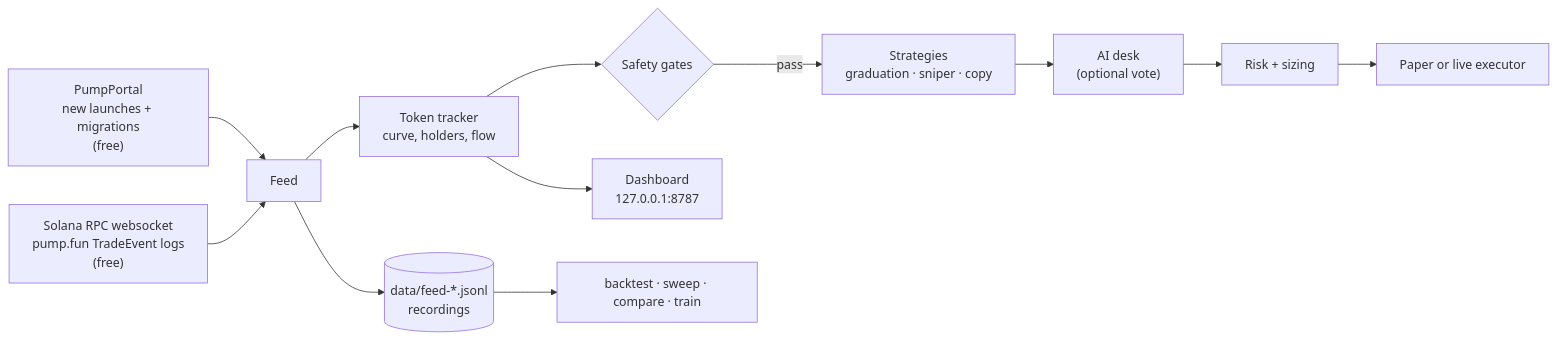
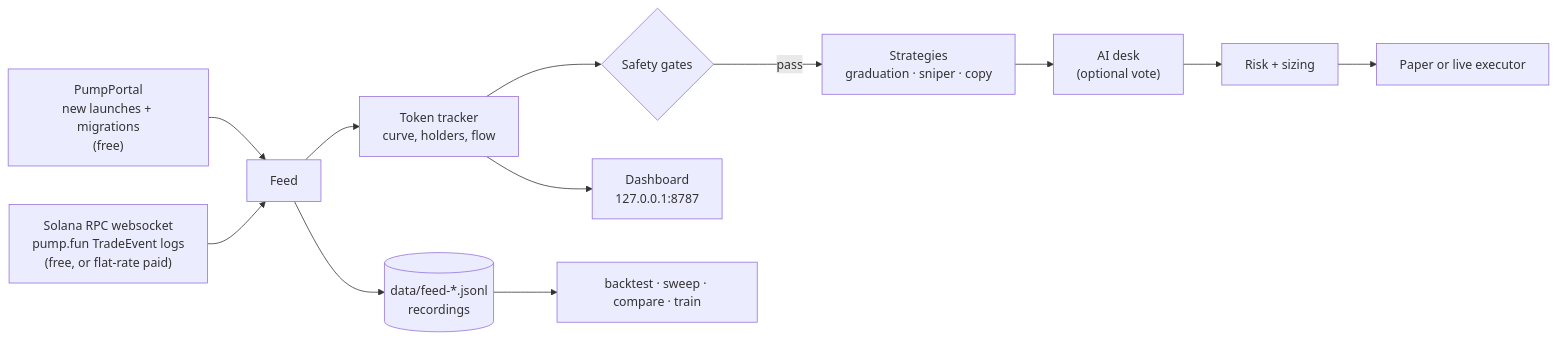
The diagram in README.md (m3n4ce-dev/meme_traderv1), drawn with Mermaid before and after one commit. The commit also changed other lines of this file and 6 other files, not shown here.

````diff
--- a/README.md
+++ b/README.md
@@ -102,14 +121,14 @@
 ```mermaid
 flowchart LR
   PP["PumpPortal<br/>new launches + migrations<br/>(free)"] --> F[Feed]
-  RPC["Solana RPC websocket<br/>pump.fun TradeEvent logs<br/>(free)"] --> F
+  RPC["Solana RPC websocket<br/>pump.fun TradeEvent logs<br/>(free, or flat-rate paid)"] --> F
   F --> T["Token tracker<br/>curve, holders, flow"]
   T --> G{"Safety gates"}
   G -- pass --> S["Strategies<br/>graduation · sniper · copy"]
   S --> D["AI desk<br/>(optional vote)"]
   D --> R["Risk + sizing"]
   R --> X["Paper or live executor"]
   F --> REC[("data/feed-*.jsonl<br/>recordings")]
   REC --> BT["backtest · sweep · compare · train"]
   T --> UI["Dashboard<br/>127.0.0.1:8787"]
 ```
````
